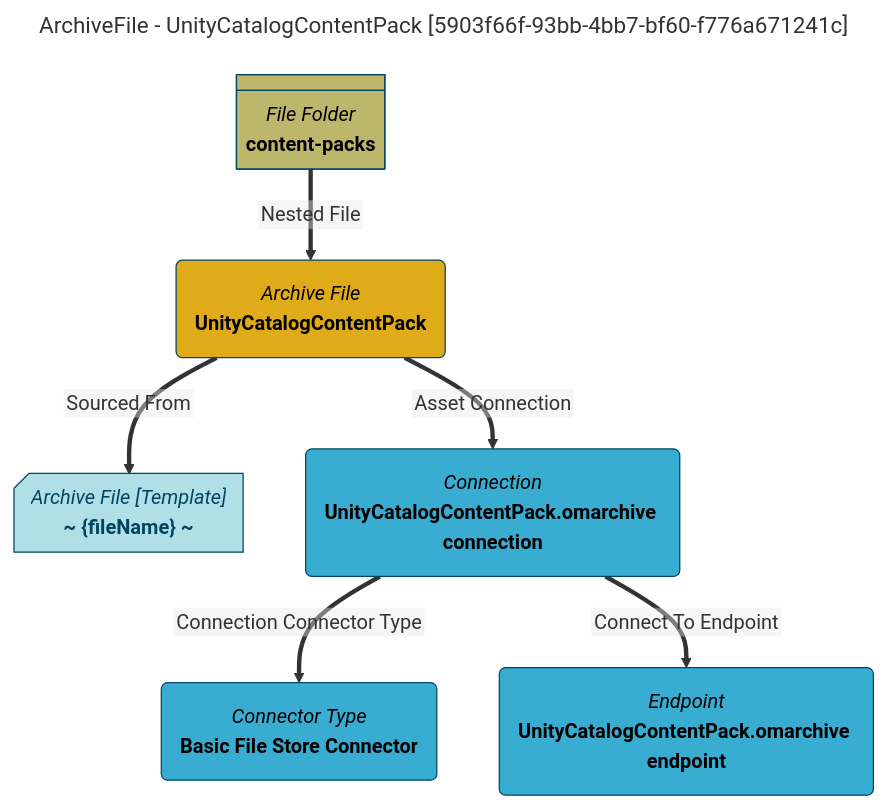
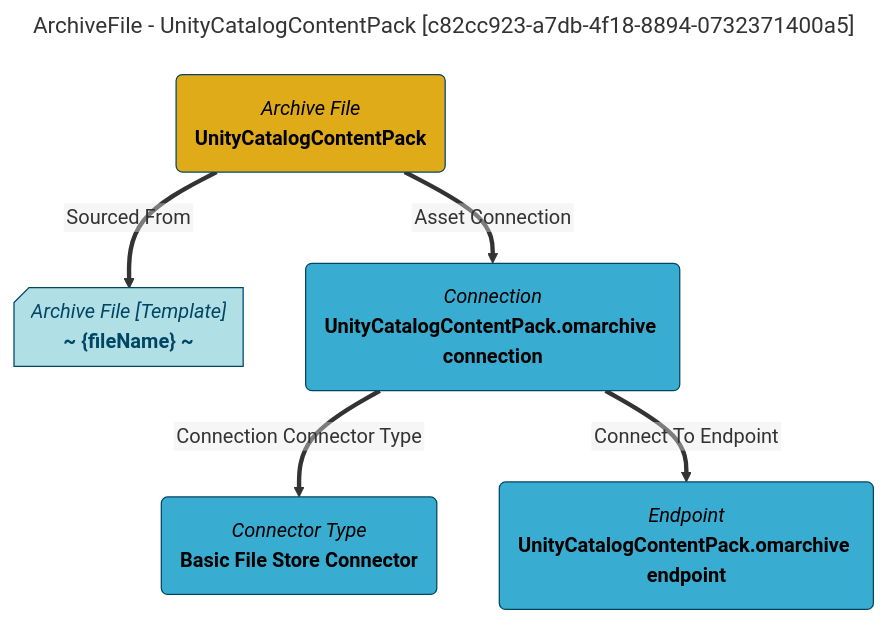
One commit to odpi/egeria-docs changed the diagram in site/snippets/data-assets/unitycatalogcontentpack-mermaid-graph.md. Above: the diagram before and after it, drawn with Mermaid. The commit also changed 2201 other files, not shown here.

````diff
--- a/site/snippets/data-assets/unitycatalogcontentpack-mermaid-graph.md
+++ b/site/snippets/data-assets/unitycatalogcontentpack-mermaid-graph.md
@@ -1,31 +1,27 @@
 ```mermaid
 ---
-title: ArchiveFile - UnityCatalogContentPack [5903f66f-93bb-4bb7-bf60-f776a671241c]
+title: ArchiveFile - UnityCatalogContentPack [c82cc923-a7db-4f18-8894-0732371400a5]
 ---
 flowchart TD
 %%{init: {"flowchart": {"htmlLabels": false}} }%%
 
 1@{ shape: rounded, label: "*Archive File*
 **UnityCatalogContentPack**"}
 2@{ shape: card, label: "*Archive File [Template]*
 **~ {fileName} ~**"}
 1==>|"Sourced From"|2
 3@{ shape: rounded, label: "*Connection*
 **UnityCatalogContentPack.omarchive connection**"}
 1==>|"Asset Connection"|3
 4@{ shape: rounded, label: "*Connector Type*
 **Basic File Store Connector**"}
 3==>|"Connection Connector Type"|4
 5@{ shape: rounded, label: "*Endpoint*
 **UnityCatalogContentPack.omarchive endpoint**"}
 3==>|"Connect To Endpoint"|5
-6@{ shape: div-rect, label: "*File Folder*
-**content-packs**"}
-6==>|"Nested File"|1
 style 1 color:#000000, fill:#e0ab18, stroke:#004563
 style 2 color:#004563, fill:#b0e0e6, stroke:#004563
 style 3 color:#000000, fill:#39add1, stroke:#004563
 style 4 color:#000000, fill:#39add1, stroke:#004563
 style 5 color:#000000, fill:#39add1, stroke:#004563
-style 6 color:#000000, fill:#bdb76b, stroke:#004563
 ```
````
